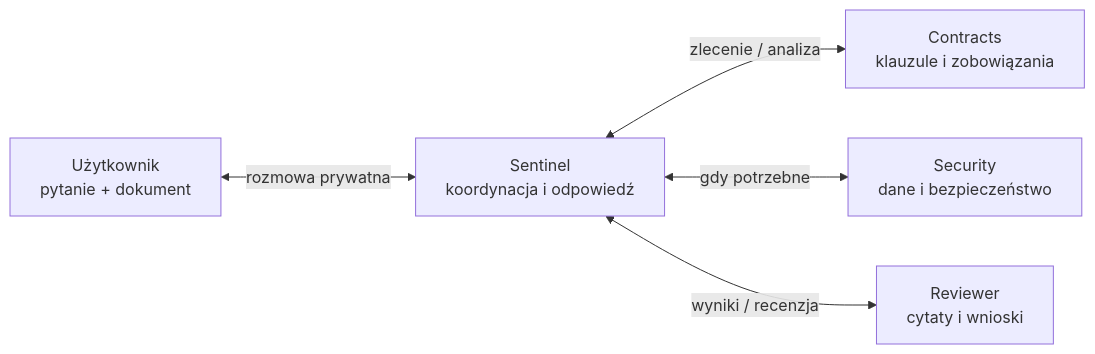
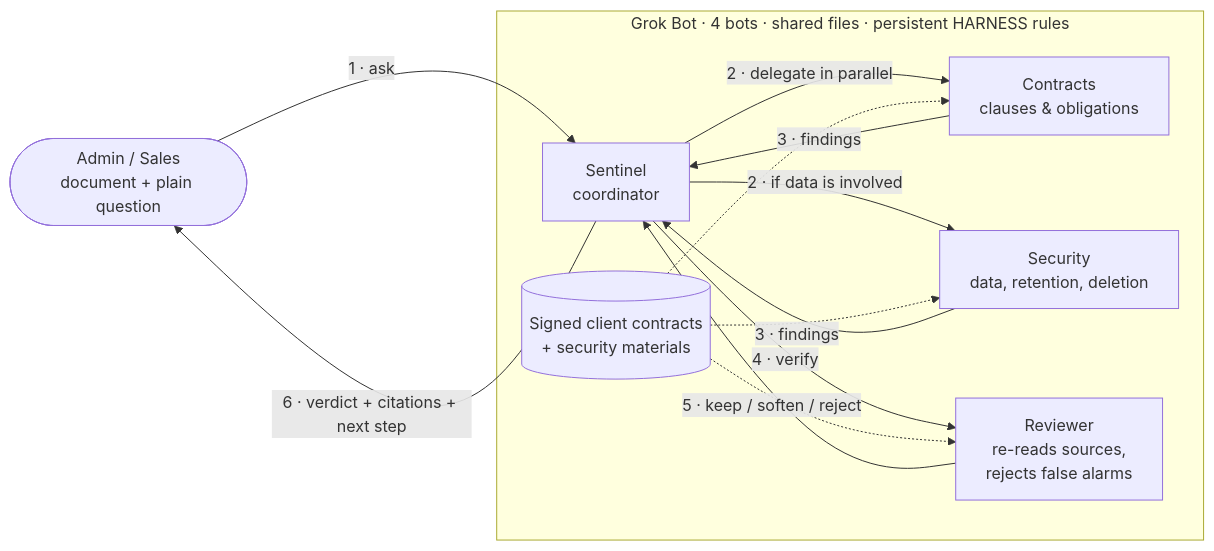
One commit to kluku/grokbot-hackathon changed the diagram in README.md. Above: the diagram before and after it, drawn with Mermaid. The commit also changed other lines of this file, not shown here.

Commit message:
Rewrite README as a 60-second English jury pitch with Grok Bot agent flow

````diff
--- a/README.md
+++ b/README.md
@@ -23,7 +13,20 @@
 ```mermaid
 flowchart LR
-    U["Użytkownik<br/>pytanie + dokument"] <-->|"rozmowa prywatna"| S["Sentinel<br/>koordynacja i odpowiedź"]
-    S <-->|"zlecenie / analiza"| C["Contracts<br/>klauzule i zobowiązania"]
-    S <-->|"gdy potrzebne"| SEC["Security<br/>dane i bezpieczeństwo"]
-    S <-->|"wyniki / recenzja"| R["Reviewer<br/>cytaty i wnioski"]
+    U(["Admin / Sales<br/>document + plain question"])
+    subgraph GB["Grok Bot · 4 bots · shared files · persistent HARNESS rules"]
+        S["Sentinel<br/>coordinator"]
+        C["Contracts<br/>clauses & obligations"]
+        SEC["Security<br/>data, retention, deletion"]
+        R["Reviewer<br/>re-reads sources,<br/>rejects false alarms"]
+        KB[("Signed client contracts<br/>+ security materials")]
+    end
+    U -->|"1 · ask"| S
+    S -->|"2 · delegate in parallel"| C
+    S -->|"2 · if data is involved"| SEC
+    C -->|"3 · findings"| S
+    SEC -->|"3 · findings"| S
+    S -->|"4 · verify"| R
+    R -->|"5 · keep / soften / reject"| S
+    S -->|"6 · verdict + citations + next step"| U
+    KB -.-> C & SEC & R
 ```
````
